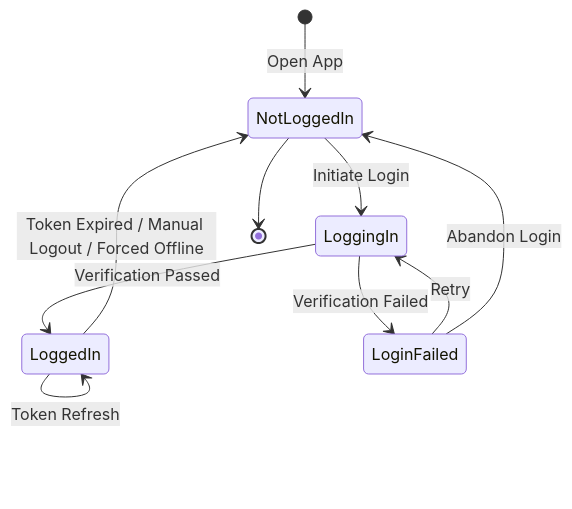
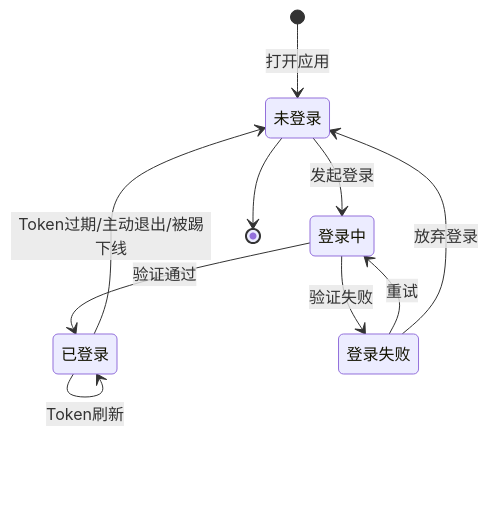
One commit to Kirky-X/cangjie changed the sixth of 12 diagrams in templates/Product/Product/Template-PRD.md. Above: the diagram before and after it, drawn with Mermaid. The commit also changed other lines of this file and 33 other files, not shown here.

````diff
--- a/templates/Product/Product/Template-PRD.md
+++ b/templates/Product/Product/Template-PRD.md
@@ -303,12 +303,12 @@
 ```mermaid
 stateDiagram-v2
-    [*] --> NotLoggedIn: Open App
-    NotLoggedIn --> LoggingIn: Initiate Login
-    LoggingIn --> LoggedIn: Verification Passed
-    LoggingIn --> LoginFailed: Verification Failed
-    LoginFailed --> LoggingIn: Retry
-    LoginFailed --> NotLoggedIn: Abandon Login
-    LoggedIn --> LoggedIn: Token Refresh
-    LoggedIn --> NotLoggedIn: Token Expired / Manual Logout / Forced Offline
-    NotLoggedIn --> [*]
+    [*] --> 未登录: 打开应用
+    未登录 --> 登录中: 发起登录
+    登录中 --> 已登录: 验证通过
+    登录中 --> 登录失败: 验证失败
+    登录失败 --> 登录中: 重试
+    登录失败 --> 未登录: 放弃登录
+    已登录 --> 已登录: Token刷新
+    已登录 --> 未登录: Token过期/主动退出/被踢下线
+    未登录 --> [*]
 ```
````
